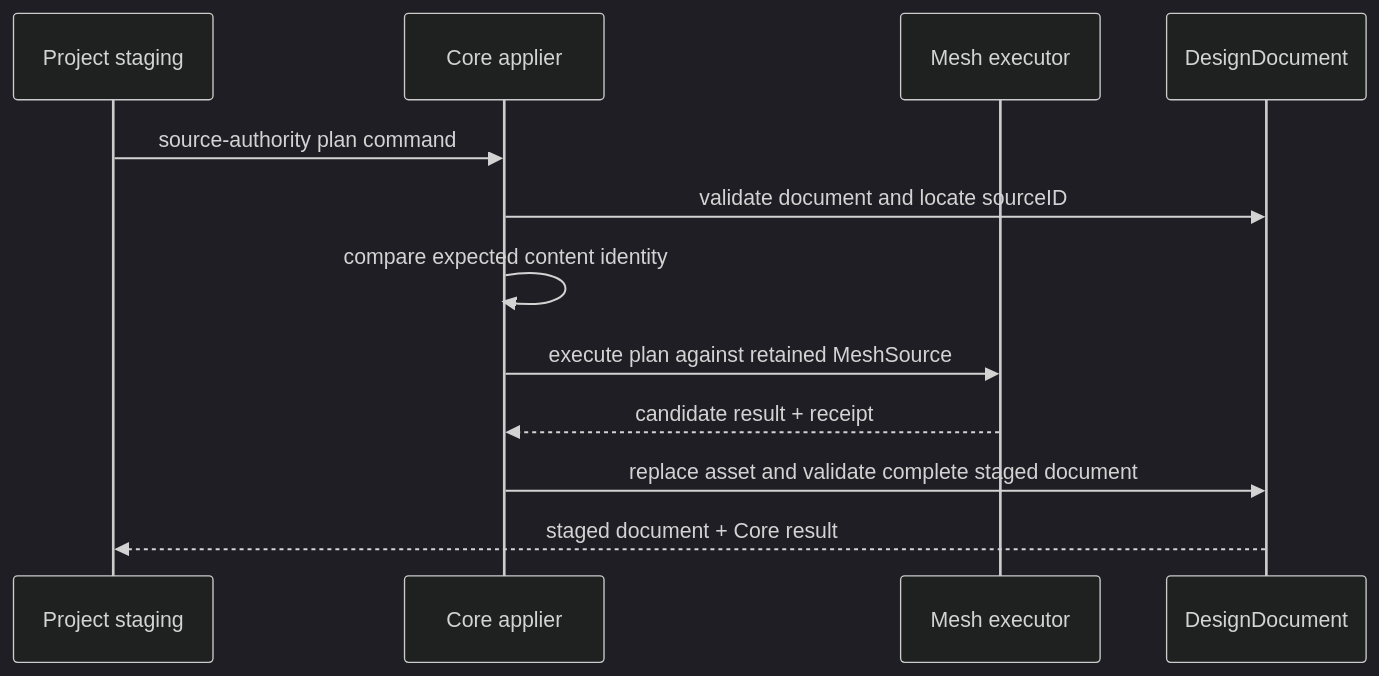
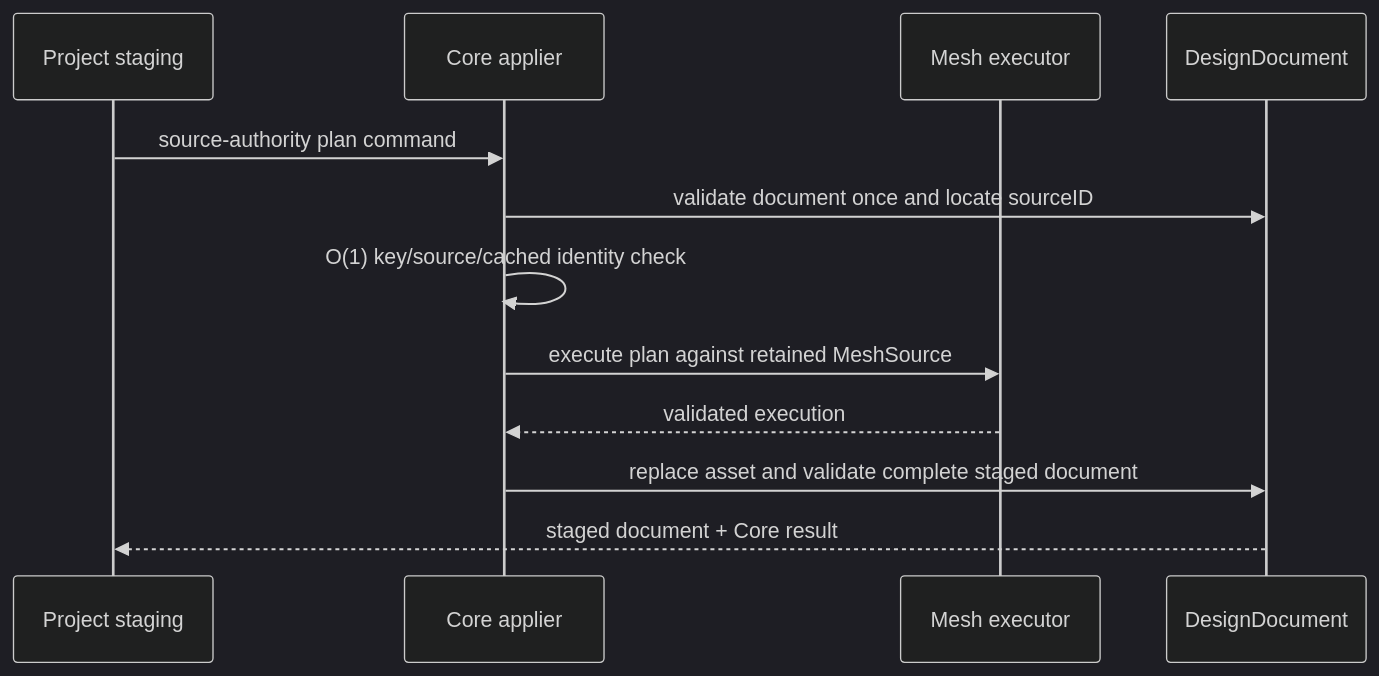
The third of 3 diagrams in RupaKit/Sources/RupaCore/DESIGN.md (1amageek/Rupa), drawn with Mermaid (dark theme) before and after one commit. The commit also changed other lines of this file and 12 other files, not shown here.

````diff
--- a/RupaKit/Sources/RupaCore/DESIGN.md
+++ b/RupaKit/Sources/RupaCore/DESIGN.md
@@ -114,15 +140,15 @@
 ```mermaid
 sequenceDiagram
     participant P as Project staging
     participant A as Core applier
     participant E as Mesh executor
     participant D as DesignDocument
 
     P->>A: source-authority plan command
-    A->>D: validate document and locate sourceID
-    A->>A: compare expected content identity
+    A->>D: validate document once and locate sourceID
+    A->>A: O(1) key/source/cached identity check
     A->>E: execute plan against retained MeshSource
-    E-->>A: candidate result + receipt
+    E-->>A: validated execution
     A->>D: replace asset and validate complete staged document
     D-->>P: staged document + Core result
 ```
````
